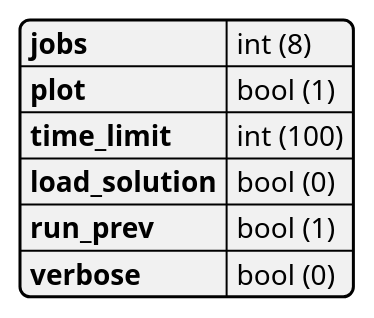
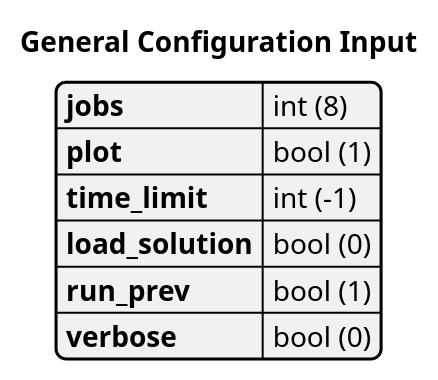
Before and after one commit to alexb7711/sa-pap: the diagram in uml/general_yaml.puml, drawn with PlantUML. The commit also changed 6 other files, not shown here.

```diff
--- a/uml/general_yaml.puml
+++ b/uml/general_yaml.puml
@@ -1,21 +1,23 @@
 @startyaml
+
+title General Configuration Input
 
 # Number of processes to input values
 jobs: int (8)
 
 # 1: True; 0: False
 plot: bool (1)
 
 # Time limit to solve [s]
-time_limit: int (100)
+time_limit: int (-1)
 
 # Load previously saved solution
 load_solution: bool (0)
 
 # Load previous input parameters
 run_prev: bool (1)
 
 # Print log information while running
 verbose: bool (0)
 
 @endyaml
```
